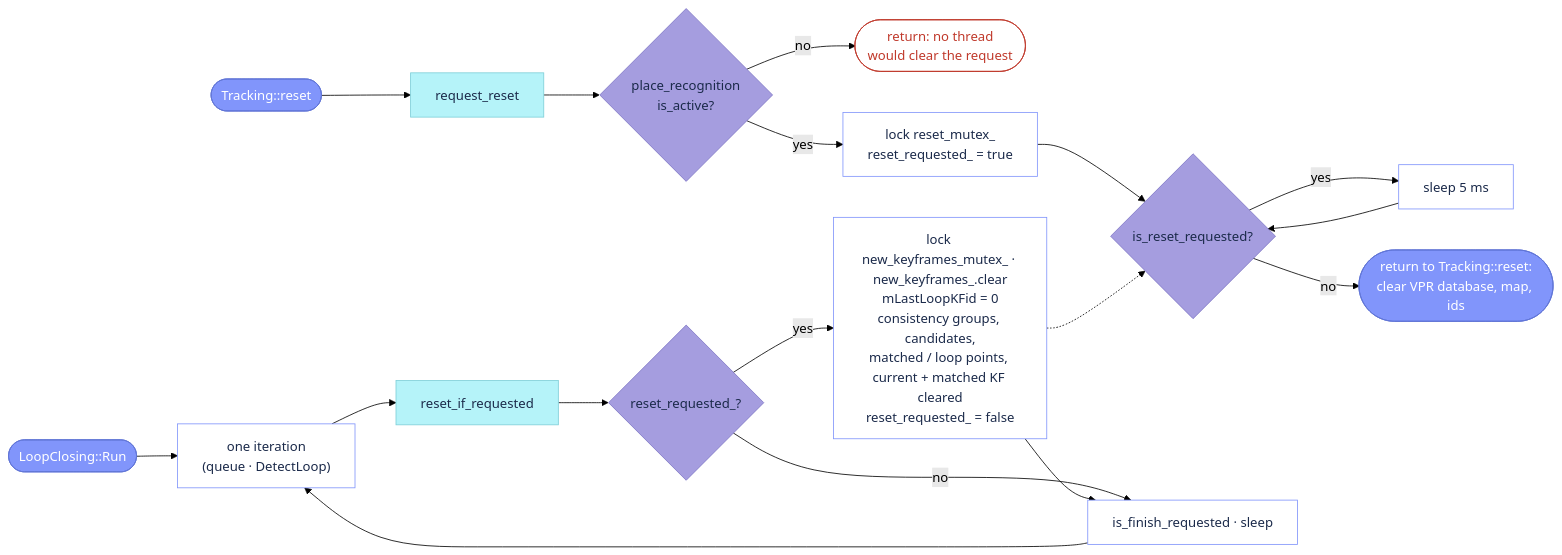
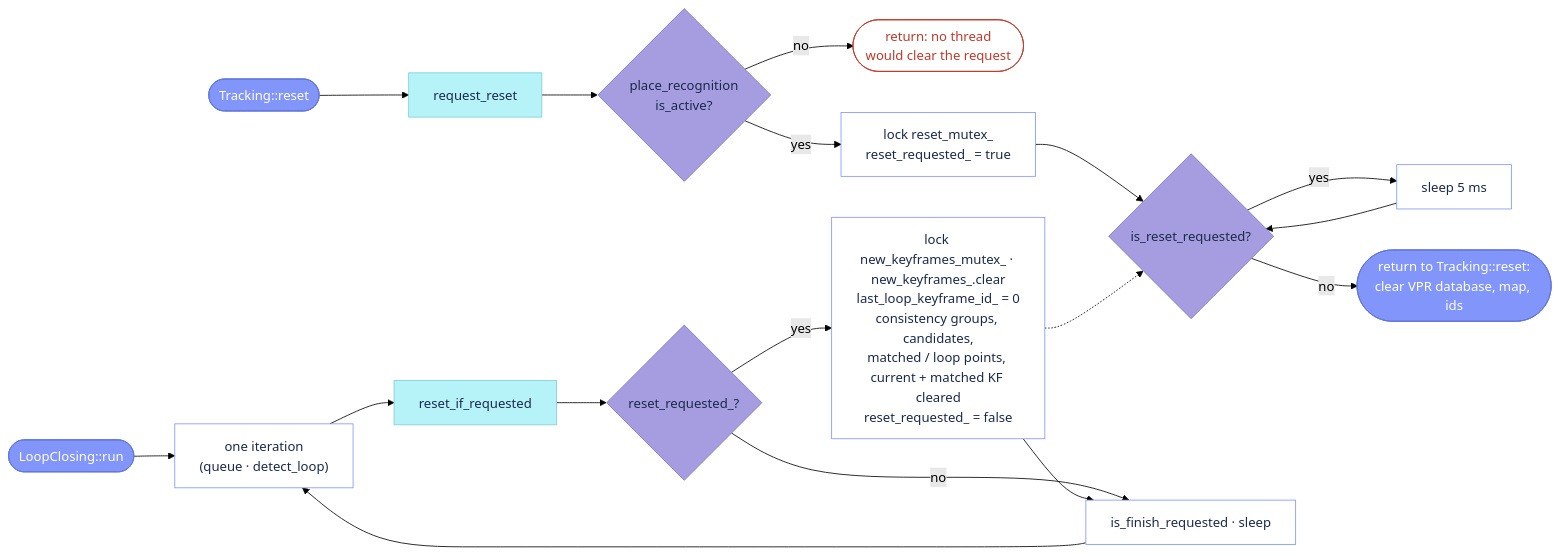
The fourth of 5 diagrams in docs/reference/LoopClosing.md (alejandrofontan/AllFeature-VSLAM), drawn with Mermaid (forest theme) before and after one commit. The commit also changed other lines of this file and 10 other files, not shown here.

````diff
--- a/docs/reference/LoopClosing.md
+++ b/docs/reference/LoopClosing.md
@@ -96,26 +331,26 @@
 ```mermaid
 flowchart LR
     TR([Tracking::reset]) --> RR[request_reset] --> ACT{place_recognition<br/>is_active?}
     ACT -- no --> RET([return: no thread<br/>would clear the request])
     ACT -- yes --> REQ["lock reset_mutex_<br/>reset_requested_ = true"] --> WAIT{is_reset_requested?}
     WAIT -- yes --> SLP["sleep 5 ms"] --> WAIT
     WAIT -- no --> BACK([return to Tracking::reset:<br/>clear VPR database, map, ids])
 
-    RUN([LoopClosing::Run]) --> IT["one iteration<br/>(queue · DetectLoop)"] --> RIR[reset_if_requested] --> PEND{reset_requested_?}
+    RUN([LoopClosing::run]) --> IT["one iteration<br/>(queue · detect_loop)"] --> RIR[reset_if_requested] --> PEND{reset_requested_?}
     PEND -- no --> NEXT["is_finish_requested · sleep"] --> IT
-    PEND -- yes --> CLR["lock new_keyframes_mutex_ · new_keyframes_.clear<br/>mLastLoopKFid = 0<br/>consistency groups, candidates,<br/>matched / loop points, current + matched KF cleared<br/>reset_requested_ = false"] --> NEXT
+    PEND -- yes --> CLR["lock new_keyframes_mutex_ · new_keyframes_.clear<br/>last_loop_keyframe_id_ = 0<br/>consistency groups, candidates,<br/>matched / loop points, current + matched KF cleared<br/>reset_requested_ = false"] --> NEXT
     CLR -.-> WAIT
 
     %% VSLAM-LAB logo squares: cyan #b5f3f9, periwinkle #8195fb, lavender #a59ddf
     classDef entry fill:#8195fb,stroke:#5f74d6,color:#fff
     classDef step fill:#b5f3f9,stroke:#7fcfd8,color:#1b2a4a
     classDef check fill:#a59ddf,stroke:#7e75c4,color:#1b2a4a
     classDef cmd fill:#fff,stroke:#8195fb,color:#1b2a4a
     classDef stop fill:#fff,stroke:#c0392b,color:#c0392b
 
     class TR,RUN,BACK entry
     class RR,RIR step
     class ACT,WAIT,PEND check
     class REQ,SLP,IT,NEXT,CLR cmd
     class RET stop
 ```
````
